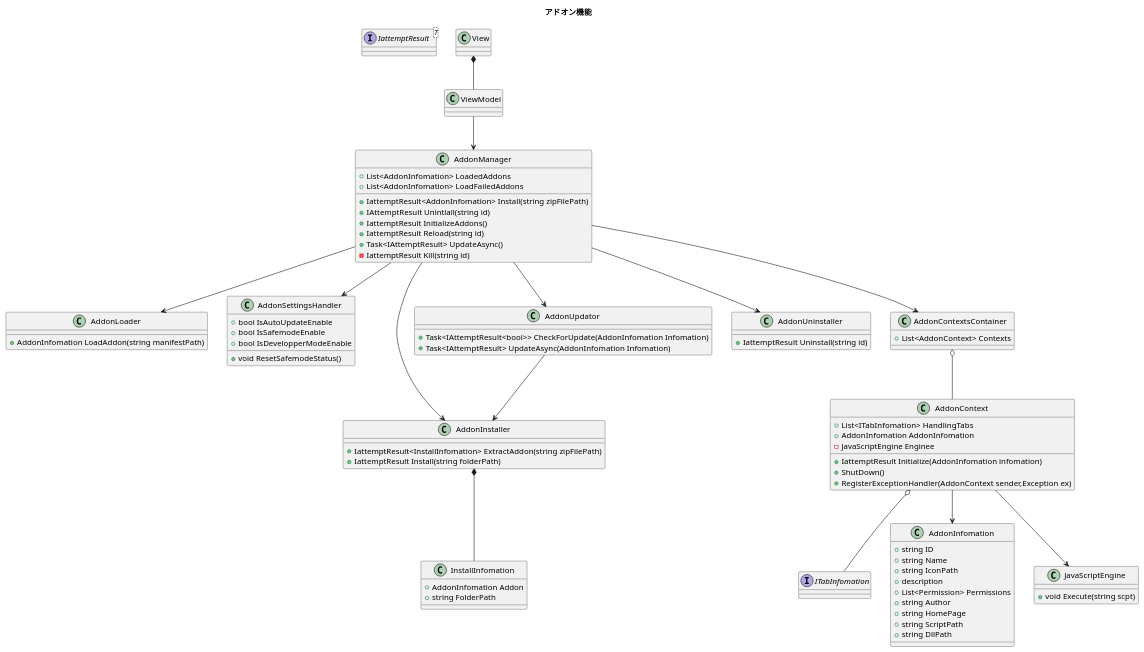
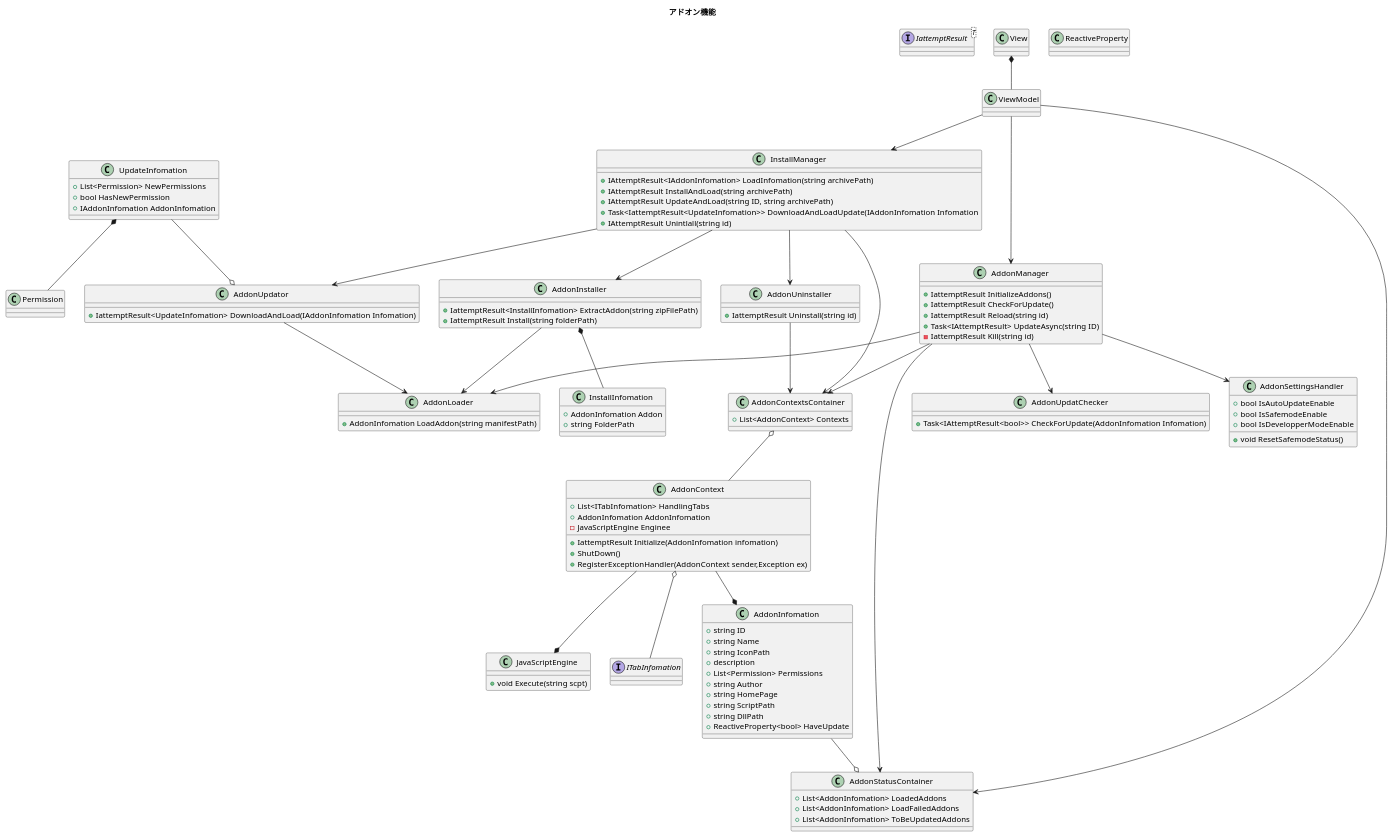
The diagram in Niconicome/Design/Addon/AddonSYstem.pu (Hayao-H/Niconicome), drawn with PlantUML before and after one commit. The commit also changed 36 other files, not shown here.

```diff
--- a/Niconicome/Design/Addon/AddonSYstem.pu
+++ b/Niconicome/Design/Addon/AddonSYstem.pu
@@ -1,99 +1,137 @@
 @startuml AddonSystem
 title アドオン機能
 
 interface IattemptResult<T>
 interface ITabInfomation
 
+class ReactiveProperty
+
 class View
 class ViewModel
+
+class Permission
 
 class AddonInfomation {
     + string ID
     + string Name
     + string IconPath
     + description
     + List<Permission> Permissions
     + string Author
     + string HomePage
     + string ScriptPath
     + string DllPath
+    + ReactiveProperty<bool> HaveUpdate
 }
 
 class JavaScriptEngine {
     + void Execute(string scpt)
 }
 
 class AddonContext {
     + List<ITabInfomation> HandlingTabs
     + AddonInfomation AddonInfomation
     - JavaScriptEngine Enginee
     + IattemptResult Initialize(AddonInfomation infomation)
     + ShutDown()
     + RegisterExceptionHandler(AddonContext sender,Exception ex)
 }
 
 class AddonLoader {
     + AddonInfomation LoadAddon(string manifestPath)
 }
 
 class AddonSettingsHandler {
     + bool IsAutoUpdateEnable
     + bool IsSafemodeEnable
     + bool IsDevelopperModeEnable
     + void ResetSafemodeStatus() 
 }
 
 class AddonInstaller {
     + IattemptResult<InstallInfomation> ExtractAddon(string zipFilePath)
     + IattemptResult Install(string folderPath)
 }
 
+class AddonUpdatChecker {
+    + Task<IAttemptResult<bool>> CheckForUpdate(AddonInfomation Infomation)
+}
+
 class AddonUpdator {
-    + Task<IAttemptResult<bool>> CheckForUpdate(AddonInfomation Infomation)
-    + Task<IAttemptResult> UpdateAsync(AddonInfomation Infomation)
+    + IattemptResult<UpdateInfomation> DownloadAndLoad(IAddonInfomation Infomation)
+}
+
+class UpdateInfomation {
+    + List<Permission> NewPermissions
+    + bool HasNewPermission
+    + IAddonInfomation AddonInfomation
 }
 
 class InstallInfomation {
     + AddonInfomation Addon
     + string FolderPath
 }
 
 class AddonUninstaller {
     + IattemptResult Uninstall(string id)
 }
 
 class AddonManager {
-    + IattemptResult<AddonInfomation> Install(string zipFilePath)
-    + IAttemptResult Unintlall(string id)
     + IattemptResult InitializeAddons()
+    + IattemptResult CheckForUpdate()
     + IattemptResult Reload(string id)
-    + Task<IAttemptResult> UpdateAsync()
+    + Task<IAttemptResult> UpdateAsync(string ID)
+    - IattemptResult Kill(string id)
+}
+
+class AddonStatusContainer {
     + List<AddonInfomation> LoadedAddons
     + List<AddonInfomation> LoadFailedAddons
-    - IattemptResult Kill(string id)
+    + List<AddonInfomation> ToBeUpdatedAddons
+}
+
+class InstallManager {
+    + IAttemptResult<IAddonInfomation> LoadInfomation(string archivePath)
+    + IAttemptResult InstallAndLoad(string archivePath)
+    + IAttemptResult UpdateAndLoad(string ID, string archivePath)
+    + Task<IattemptResult<UpdateInfomation>> DownloadAndLoadUpdate(IAddonInfomation Infomation
+    + IAttemptResult Unintlall(string id)
 }
 
 class AddonContextsContainer {
     + List<AddonContext> Contexts
 }
 
 View *-- ViewModel
 ViewModel --> AddonManager
-AddonManager --> AddonInstaller
-AddonManager --> AddonUninstaller
+ViewModel --> InstallManager
+ViewModel --> AddonStatusContainer
+InstallManager--> AddonInstaller
+InstallManager --> AddonUninstaller
 AddonManager --> AddonLoader
-AddonManager --> AddonUpdator
-AddonUpdator --> AddonInstaller
 AddonManager --> AddonSettingsHandler
+AddonManager --> AddonUpdatChecker
 AddonManager --> AddonContextsContainer
+AddonManager --> AddonStatusContainer
+InstallManager --> AddonContextsContainer
+InstallManager --> AddonUpdator
 
 
 AddonInstaller *-- InstallInfomation
+AddonInstaller --> AddonLoader
 
-AddonContext --> JavaScriptEngine
-AddonContext --> AddonInfomation
+AddonUninstaller --> AddonContextsContainer
+
+AddonContext --* JavaScriptEngine
+AddonContext --* AddonInfomation
 AddonContext o-- ITabInfomation
 
 AddonContextsContainer o-- AddonContext
 
+UpdateInfomation *-- Permission
+UpdateInfomation --o AddonUpdator
+AddonUpdator --> AddonLoader
+
+AddonInfomation --o AddonStatusContainer
+
 @enduml 
```
